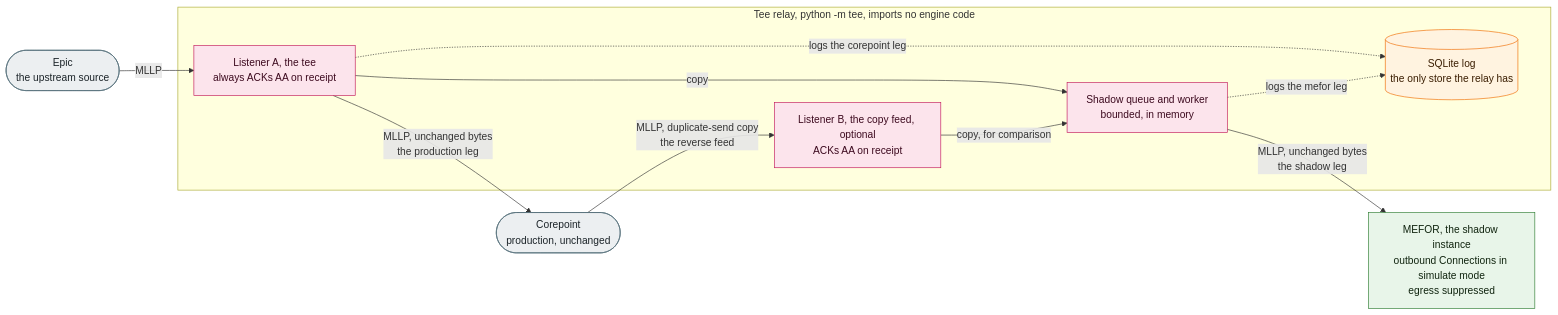
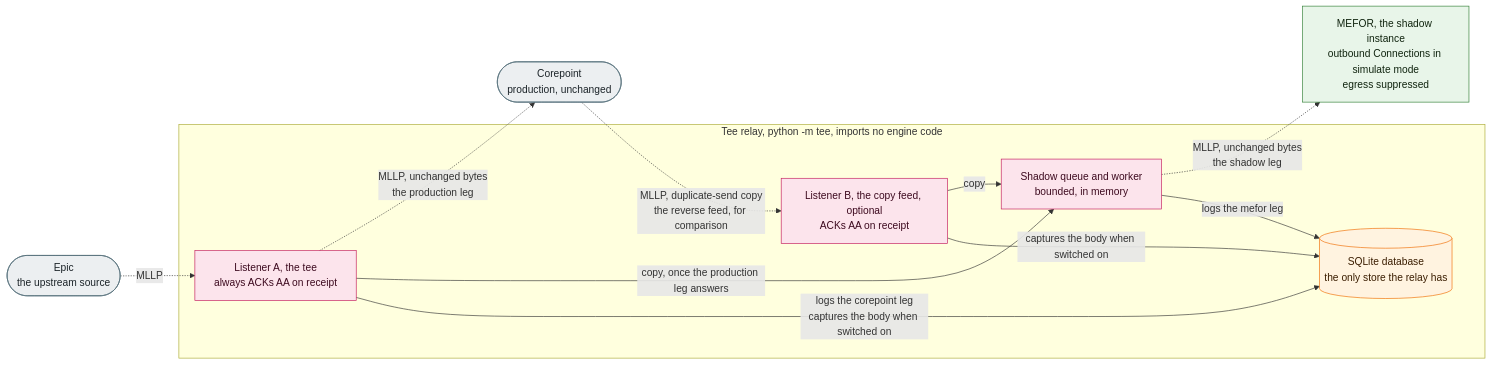
One commit to MEFORORG/MessageFoundry changed the diagram in docs/TEE-RELAY.md. Above: the diagram before and after it, drawn with Mermaid. The commit also changed other lines of this file, not shown here.

Commit message:
docs(tee): show body capture and when the shadow copy is queued
Subject: tee relay parallel-run diagram. Review round 1 fixes.

- The shadow copy is queued only once the production leg answers
  (tee/relay.py, _process_epic_message). The label and the sentence
  beside it now say so.
- Both listeners can write captured bodies to the SQLite database when
  capture is switched on. The diagram now draws those writes.
- Follow the set's arrow rule: dotted is an MLLP hop between processes,
  solid stays inside the relay. The legend names the colours.

Proposed PR title: docs: Mermaid diagrams for the cloud and edge relay topology and the tee relay parallel run
Proposed ledger banner: SHIPPED: text art in CLOUD-DEPLOYMENT.md and TEE-RELAY.md replaced by Mermaid diagrams, labels verified against the code

````diff
--- a/docs/TEE-RELAY.md
+++ b/docs/TEE-RELAY.md
@@ -30,27 +31,28 @@
 ```mermaid
 flowchart LR
   classDef core fill:#e8f5e9,stroke:#2e7d32,color:#10240f;
   classDef store fill:#fff3e0,stroke:#ef6c00,color:#3a1d00;
   classDef ext fill:#eceff1,stroke:#546e7a,color:#1c2429;
   classDef standalone fill:#fce4ec,stroke:#c2185b,color:#3d0a1f;
 
   EPIC(["Epic<br/>the upstream source"]):::ext
   COREPOINT(["Corepoint<br/>production, unchanged"]):::ext
   MEFOR["MEFOR, the shadow instance<br/>outbound Connections in simulate mode<br/>egress suppressed"]:::core
 
   subgraph TEE["Tee relay, python -m tee, imports no engine code"]
     TEE_A["Listener A, the tee<br/>always ACKs AA on receipt"]:::standalone
     TEE_B["Listener B, the copy feed, optional<br/>ACKs AA on receipt"]:::standalone
     TEE_QUEUE["Shadow queue and worker<br/>bounded, in memory"]:::standalone
-    TEE_LOG[("SQLite log<br/>the only store the relay has")]:::store
+    TEE_DB[("SQLite database<br/>the only store the relay has")]:::store
   end
 
-  EPIC -->|"MLLP"| TEE_A
-  TEE_A -->|"MLLP, unchanged bytes<br/>the production leg"| COREPOINT
-  TEE_A -->|"copy"| TEE_QUEUE
-  COREPOINT -->|"MLLP, duplicate-send copy<br/>the reverse feed"| TEE_B
-  TEE_B -->|"copy, for comparison"| TEE_QUEUE
-  TEE_QUEUE -->|"MLLP, unchanged bytes<br/>the shadow leg"| MEFOR
-  TEE_A -.->|"logs the corepoint leg"| TEE_LOG
-  TEE_QUEUE -.->|"logs the mefor leg"| TEE_LOG
+  EPIC -.->|"MLLP"| TEE_A
+  TEE_A -.->|"MLLP, unchanged bytes<br/>the production leg"| COREPOINT
+  TEE_A -->|"copy, once the production leg answers"| TEE_QUEUE
+  COREPOINT -.->|"MLLP, duplicate-send copy<br/>the reverse feed, for comparison"| TEE_B
+  TEE_B -->|"copy"| TEE_QUEUE
+  TEE_QUEUE -.->|"MLLP, unchanged bytes<br/>the shadow leg"| MEFOR
+  TEE_A -->|"logs the corepoint leg<br/>captures the body when switched on"| TEE_DB
+  TEE_B -->|"captures the body when switched on"| TEE_DB
+  TEE_QUEUE -->|"logs the mefor leg"| TEE_DB
 ```
````
